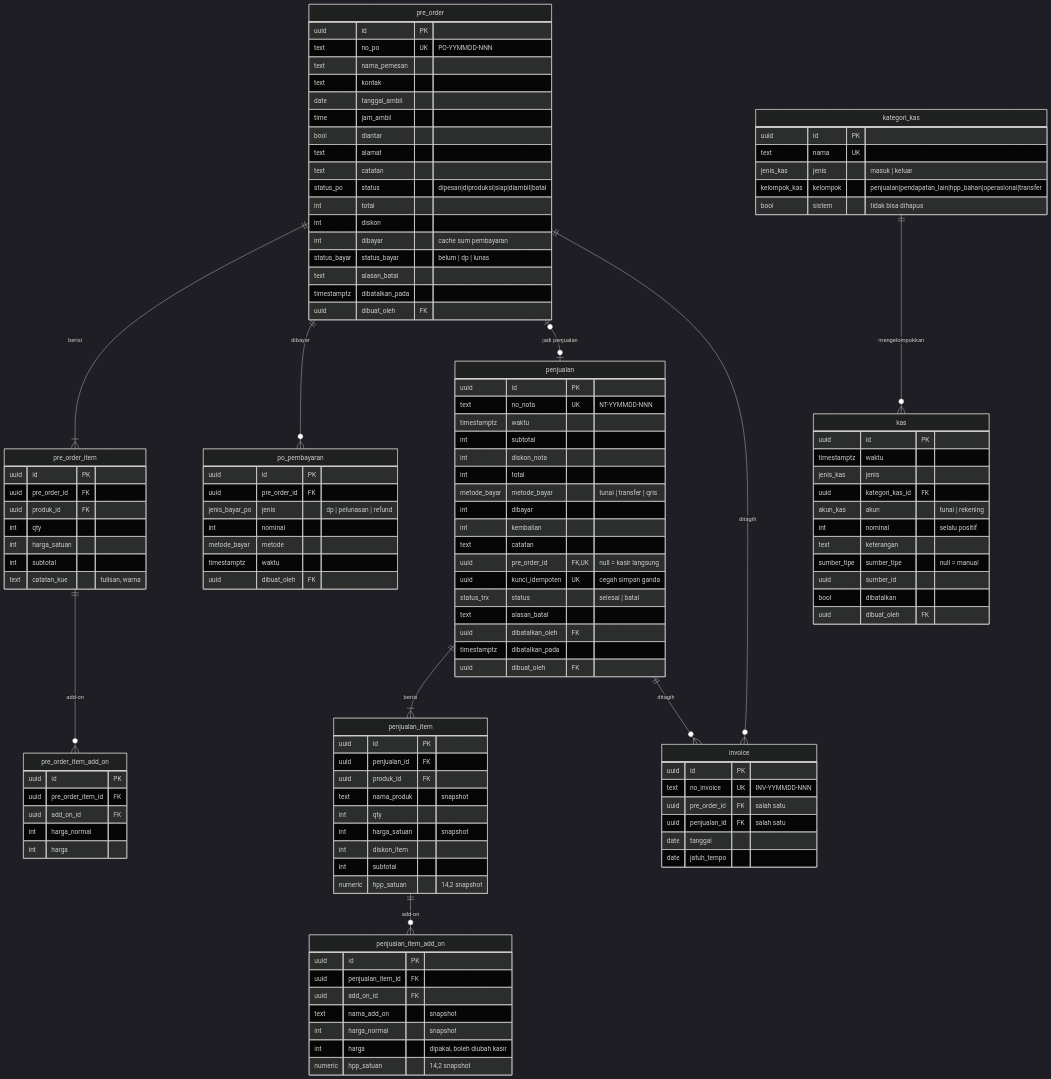
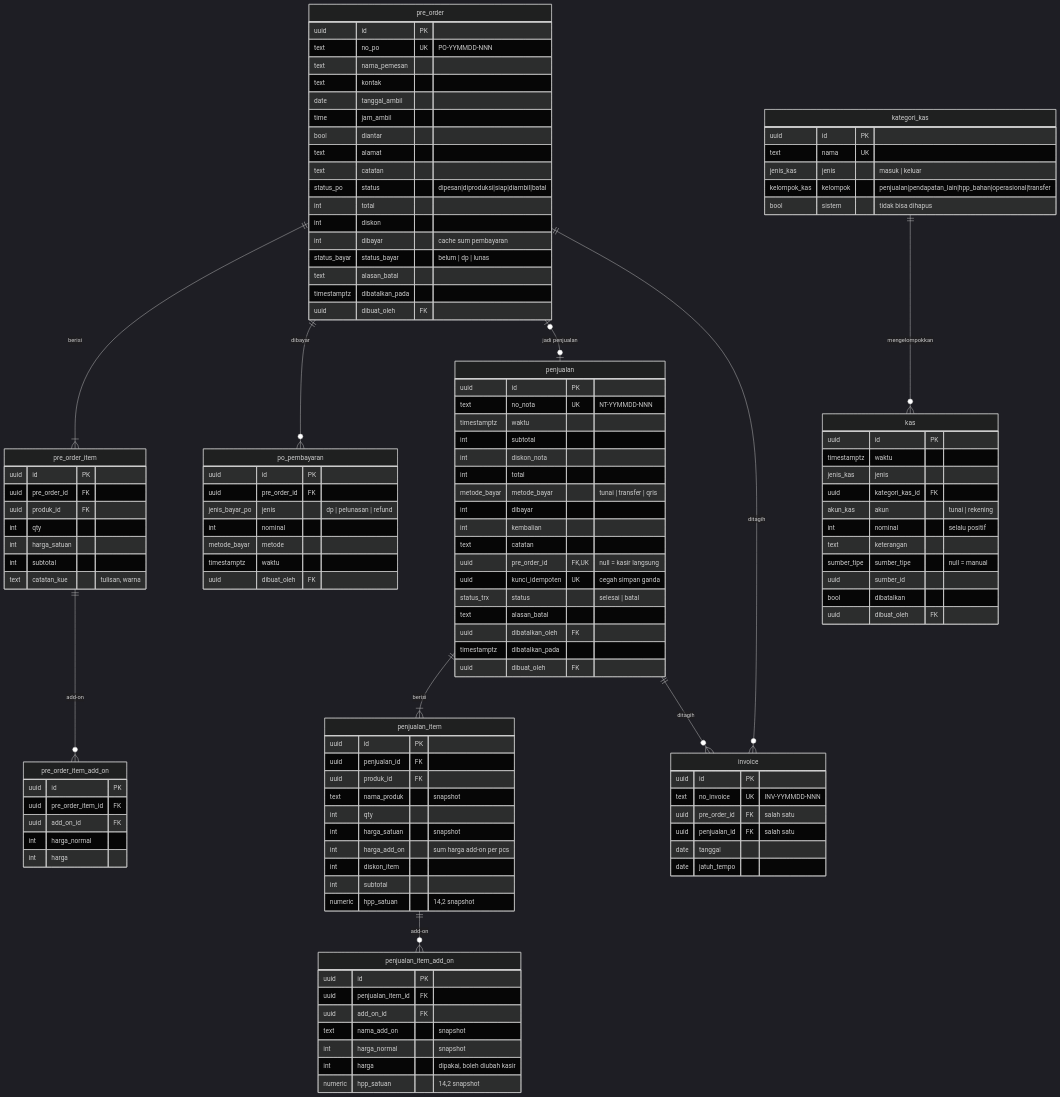
Before and after one commit to gilbertusk/bakery: the fourth of 5 diagrams in docs/ERD.md, drawn with Mermaid (dark theme). The commit also changed other lines of this file and 22 other files, not shown here.

```diff
--- a/docs/ERD.md
+++ b/docs/ERD.md
@@ -323,6 +323,7 @@
         text nama_produk "snapshot"
         int qty
         int harga_satuan "snapshot"
+        int harga_add_on "sum harga add-on per pcs"
         int diskon_item
         int subtotal
         numeric hpp_satuan "14,2 snapshot"
```
